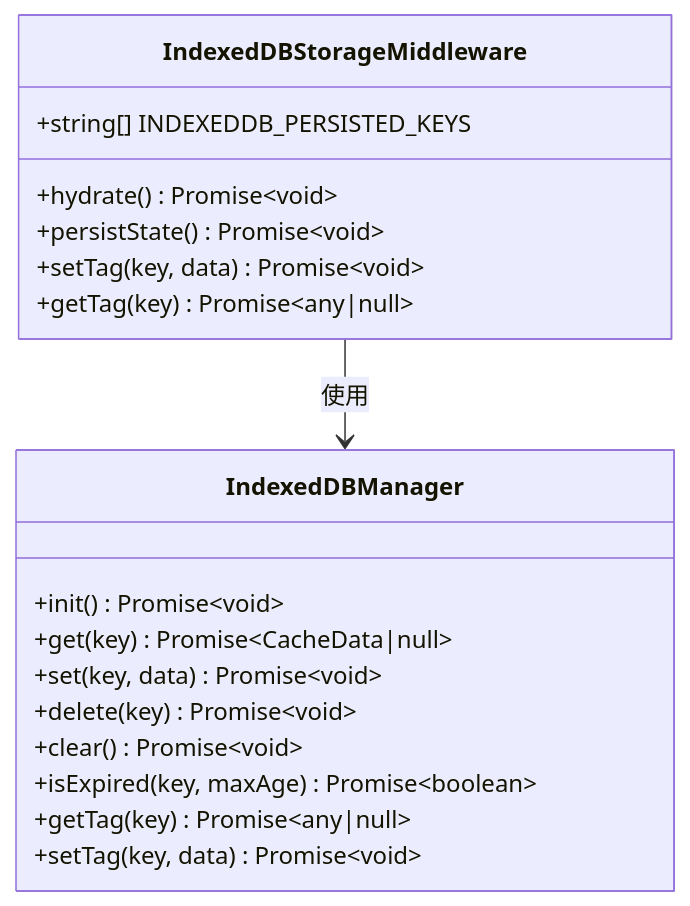
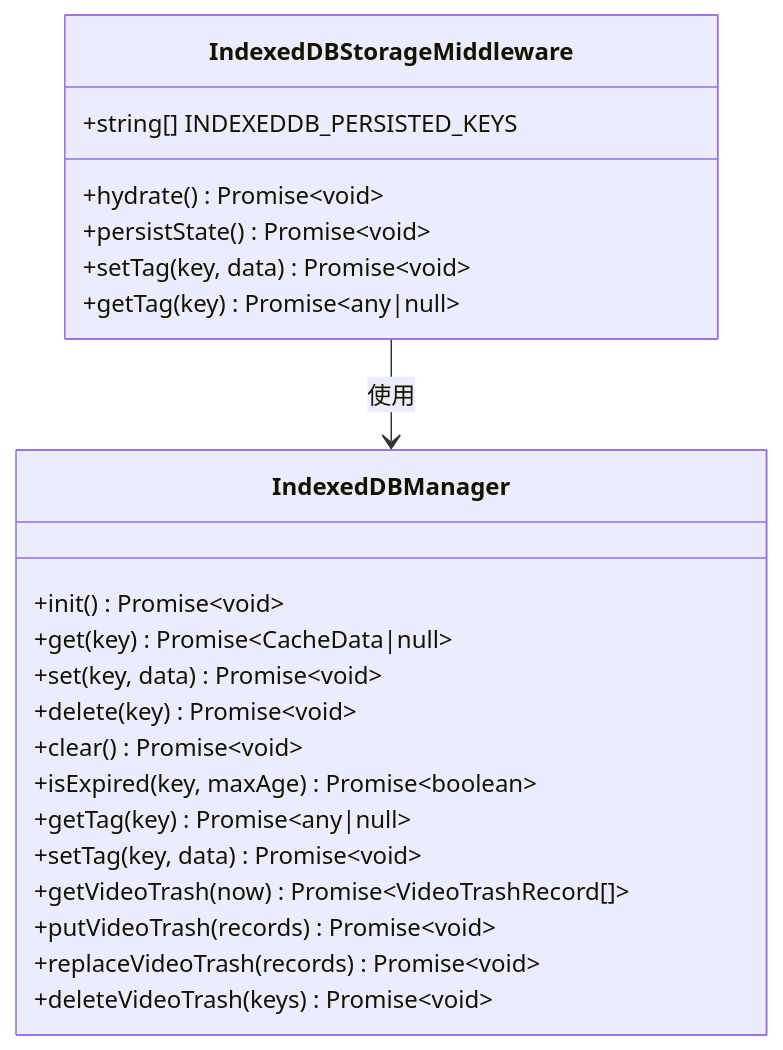
One commit to RadiumAg/bilibili-favorites changed the sixth of 17 diagrams in .qoder/repowiki/zh/content/核心功能模块/WebDAV云同步系统.md. Above: the diagram before and after it, drawn with Mermaid. The commit also changed other lines of this file and 47 other files, not shown here.

````diff
--- a/.qoder/repowiki/zh/content/核心功能模块/WebDAV云同步系统.md
+++ b/.qoder/repowiki/zh/content/核心功能模块/WebDAV云同步系统.md
@@ -154,21 +271,25 @@
 ```mermaid
 classDiagram
 class IndexedDBStorageMiddleware {
 +string[] INDEXEDDB_PERSISTED_KEYS
 +hydrate() Promise~void~
 +persistState() Promise~void~
 +setTag(key, data) Promise~void~
 +getTag(key) Promise~any|null~
 }
 class IndexedDBManager {
 +init() Promise~void~
 +get(key) Promise~CacheData|null~
 +set(key, data) Promise~void~
 +delete(key) Promise~void~
 +clear() Promise~void~
 +isExpired(key, maxAge) Promise~boolean~
 +getTag(key) Promise~any|null~
 +setTag(key, data) Promise~void~
++getVideoTrash(now) Promise~VideoTrashRecord[]~
++putVideoTrash(records) Promise~void~
++replaceVideoTrash(records) Promise~void~
++deleteVideoTrash(keys) Promise~void~
 }
 IndexedDBStorageMiddleware --> IndexedDBManager : 使用
 ```
````
